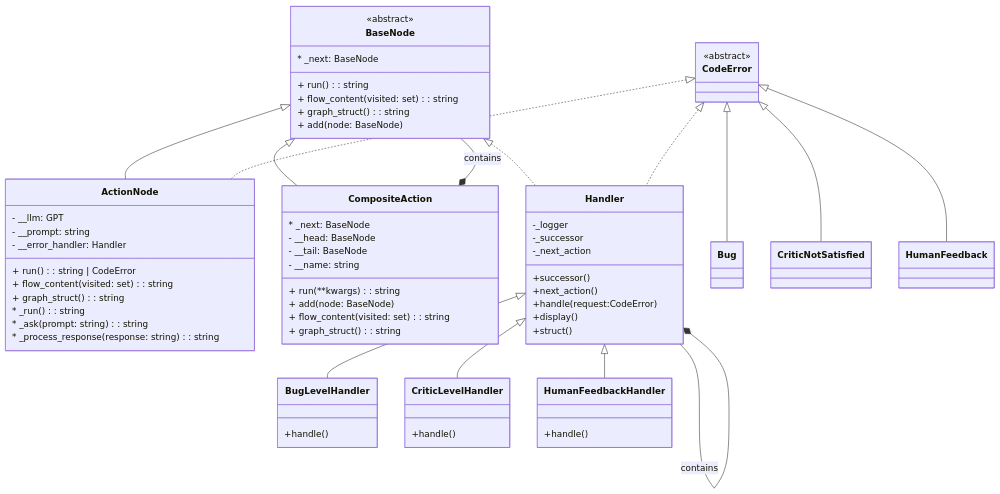
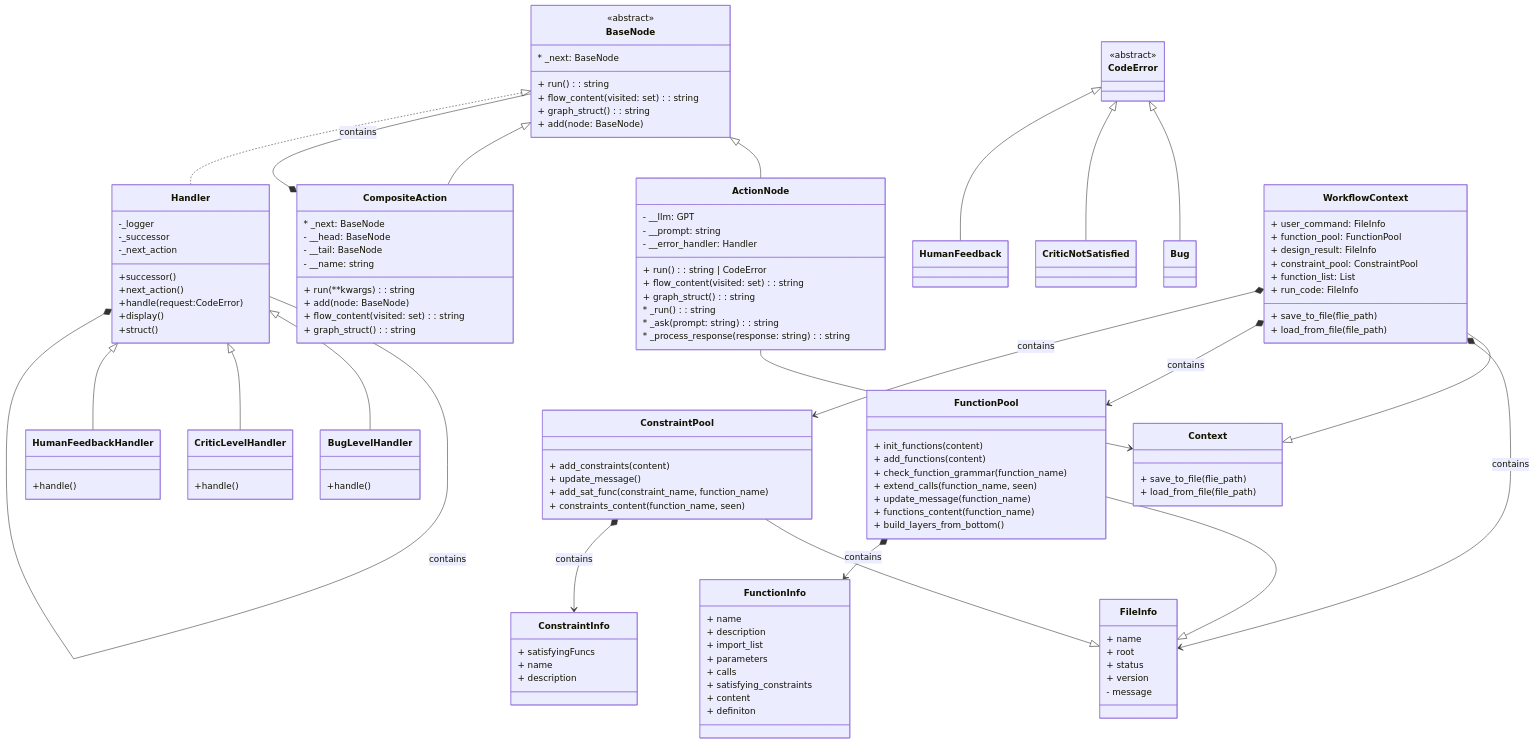
One commit to Yaashboii/GenSwarmVIP changed the diagram in docs/class_diagram.md. Above: the diagram before and after it, drawn with Mermaid. The commit also changed other lines of this file, not shown here.

Commit message:
docs: Add Context Interface

````diff
--- a/docs/class_diagram.md
+++ b/docs/class_diagram.md
@@ -33,7 +33,6 @@
     BaseNode <|-- ActionNode
     BaseNode <|-- CompositeAction
     BaseNode --* CompositeAction : contains
-    CodeError <|.. ActionNode
 
     
      class BaseNode {
@@ -75,5 +74,82 @@
     Handler <|-- BugLevelHandler
     Handler <|-- CriticLevelHandler
     Handler <|-- HumanFeedbackHandler
-    CodeError <|.. Handler
+    
+    
+    class Context {
+    	+ save_to_file(flie_path)
+    	+ load_from_file(file_path)
+    }
+    
+    
+    class WorkflowContext {
+    	+ user_command: FileInfo
+    	+ function_pool: FunctionPool
+    	+ design_result: FileInfo
+    	+ constraint_pool: ConstraintPool
+    	+ function_list: List
+    	+ run_code: FileInfo
+    	
+    	+ save_to_file(flie_path)
+    	+ load_from_file(file_path)
+    }
+    
+    WorkflowContext --|> Context
+    
+    class FileInfo {
+    	+ name
+    	+ root
+    	+ status
+    	+ version
+    	- message
+    }
+    
+    class FunctionInfo {
+    	+ name
+    	+ description
+    	+ import_list
+    	+ parameters
+    	+ calls
+    	+ satisfying_constraints
+    	+ content
+    	+ definiton
+    }
+    
+    class ConstraintInfo {
+    	+ satisfyingFuncs
+    	+ name
+    	+ description
+    }
+    
+    class FunctionPool {
+    	+ init_functions(content)
+    	+ add_functions(content)
+    	+ check_function_grammar(function_name)
+    	+ extend_calls(function_name, seen)
+    	+ update_message(function_name)
+    	+ functions_content(function_name)
+    	+ build_layers_from_bottom()
+    }
+    
+    FunctionPool --|> FileInfo
+    
+    class ConstraintPool {
+    	+ add_constraints(content)
+    	+ update_message()
+    	+ add_sat_func(constraint_name, function_name)
+    	+ constraints_content(function_name, seen)
+    }
+    
+    ConstraintPool --|> FileInfo
+    
+    
+ 	WorkflowContext *--> FileInfo : contains
+ 	WorkflowContext *--> FunctionPool : contains
+ 	WorkflowContext *--> ConstraintPool : contains
+ 	ConstraintPool *--> ConstraintInfo : contains
+ 	FunctionPool *--> FunctionInfo : contains
+ 	ActionNode --> Context
+ 	 	
+ 	
+
 ```
````
